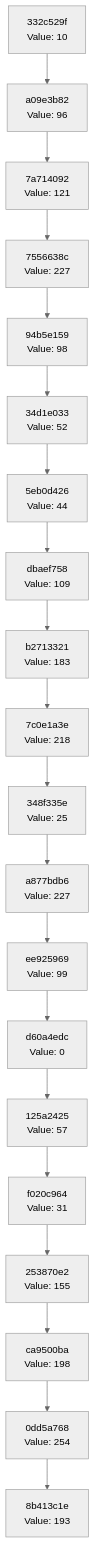
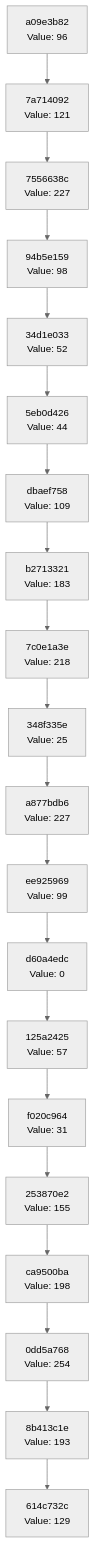
One commit to Abhisheksinha1506/hash-chain-evolver changed the diagram in docs/CHAIN_VISUALIZATION.md. Above: the diagram before and after it, drawn with Mermaid (neutral theme). The commit also changed 2 other files, not shown here.

Commit message:
Evolution Step

````diff
--- a/docs/CHAIN_VISUALIZATION.md
+++ b/docs/CHAIN_VISUALIZATION.md
@@ -3,42 +3,42 @@
 ```mermaid
 graph TD
-    C0["8b413c1e<br/>Value: 193"]
-    C1["0dd5a768<br/>Value: 254"]
+    C0["614c732c<br/>Value: 129"]
+    C1["8b413c1e<br/>Value: 193"]
     C1 --> C0
-    C2["ca9500ba<br/>Value: 198"]
+    C2["0dd5a768<br/>Value: 254"]
     C2 --> C1
-    C3["253870e2<br/>Value: 155"]
+    C3["ca9500ba<br/>Value: 198"]
     C3 --> C2
-    C4["f020c964<br/>Value: 31"]
+    C4["253870e2<br/>Value: 155"]
     C4 --> C3
-    C5["125a2425<br/>Value: 57"]
+    C5["f020c964<br/>Value: 31"]
     C5 --> C4
-    C6["d60a4edc<br/>Value: 0"]
+    C6["125a2425<br/>Value: 57"]
     C6 --> C5
-    C7["ee925969<br/>Value: 99"]
+    C7["d60a4edc<br/>Value: 0"]
     C7 --> C6
-    C8["a877bdb6<br/>Value: 227"]
+    C8["ee925969<br/>Value: 99"]
     C8 --> C7
-    C9["348f335e<br/>Value: 25"]
+    C9["a877bdb6<br/>Value: 227"]
     C9 --> C8
-    C10["7c0e1a3e<br/>Value: 218"]
+    C10["348f335e<br/>Value: 25"]
     C10 --> C9
-    C11["b2713321<br/>Value: 183"]
+    C11["7c0e1a3e<br/>Value: 218"]
     C11 --> C10
-    C12["dbaef758<br/>Value: 109"]
+    C12["b2713321<br/>Value: 183"]
     C12 --> C11
-    C13["5eb0d426<br/>Value: 44"]
+    C13["dbaef758<br/>Value: 109"]
     C13 --> C12
-    C14["34d1e033<br/>Value: 52"]
+    C14["5eb0d426<br/>Value: 44"]
     C14 --> C13
-    C15["94b5e159<br/>Value: 98"]
+    C15["34d1e033<br/>Value: 52"]
     C15 --> C14
-    C16["7556638c<br/>Value: 227"]
+    C16["94b5e159<br/>Value: 98"]
     C16 --> C15
-    C17["7a714092<br/>Value: 121"]
+    C17["7556638c<br/>Value: 227"]
     C17 --> C16
-    C18["a09e3b82<br/>Value: 96"]
+    C18["7a714092<br/>Value: 121"]
     C18 --> C17
-    C19["332c529f<br/>Value: 10"]
+    C19["a09e3b82<br/>Value: 96"]
     C19 --> C18
 ```
````
